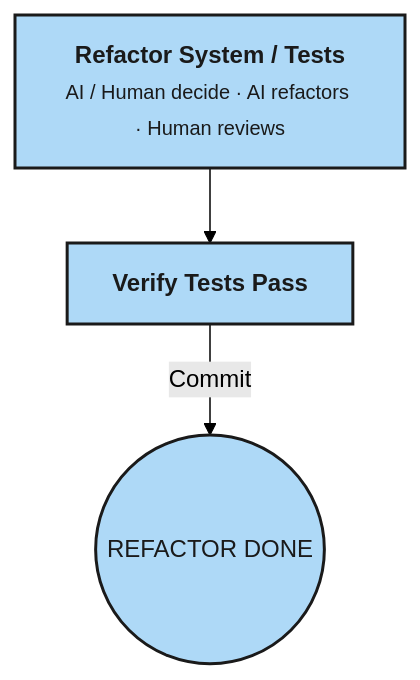
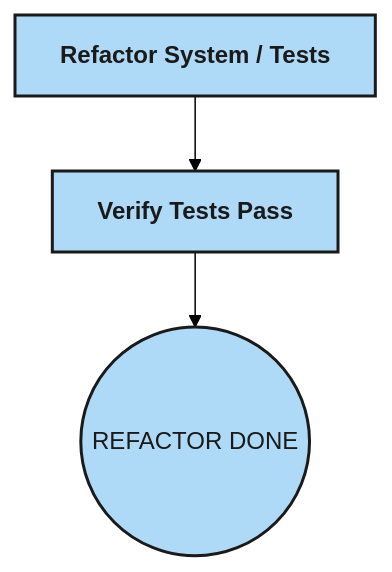
Before and after one commit to optivem/gh-optivem: the third of 3 diagrams in README.md, drawn with Mermaid (forest theme). The commit also changed other lines of this file, not shown here.

````diff
--- a/README.md
+++ b/README.md
@@ -117,12 +118,11 @@
 ```mermaid
 flowchart TD
-    A["<b>Refactor System / Tests</b><br/><small>AI / Human decide · AI refactors · Human reviews</small>"]
+    A["<b>Refactor System / Tests</b>"]
     B["<b>Verify Tests Pass</b>"]
     Z(("REFACTOR DONE"))
 
-    A --> B
-    B -->|Commit| Z
+    A --> B --> Z
 
     classDef step fill:#AED9F7,stroke:#1a1a1a,stroke-width:2px,color:#1a1a1a
     class A,B,Z step
 ```
````
